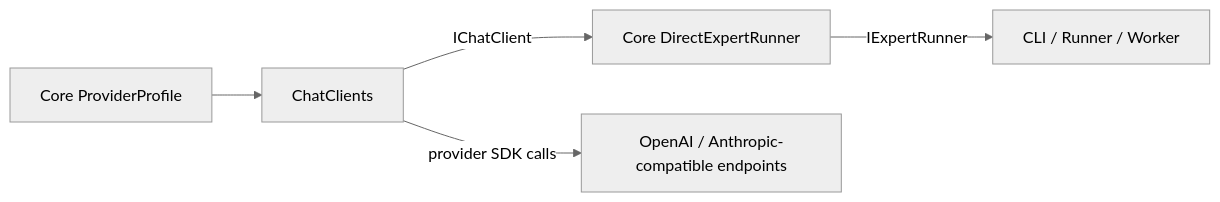
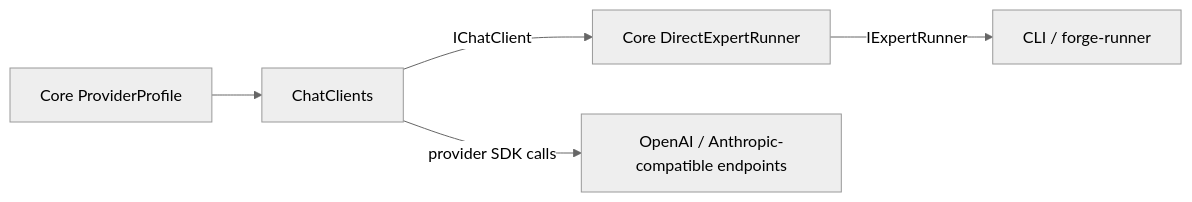
The diagram in src/ForgeMission.ChatClients/README.md (katasec/forge-mcl), drawn with Mermaid (neutral theme) before and after one commit. The commit also changed other lines of this file and 7 other files, not shown here.

First line of the commit message:
docs: fix monorepo links and Worker wording; accurate forge chat help text

````diff
--- a/src/ForgeMission.ChatClients/README.md
+++ b/src/ForgeMission.ChatClients/README.md
@@ -43,7 +43,7 @@
 ```mermaid
 flowchart LR
   Profile[Core ProviderProfile] --> Factory[ChatClients]
   Factory -->|IChatClient| Runner[Core DirectExpertRunner]
   Factory -->|provider SDK calls| Providers[OpenAI / Anthropic-compatible endpoints]
-  Runner -->|IExpertRunner| Host[CLI / Runner / Worker]
+  Runner -->|IExpertRunner| Host[CLI / forge-runner]
 ```
````
